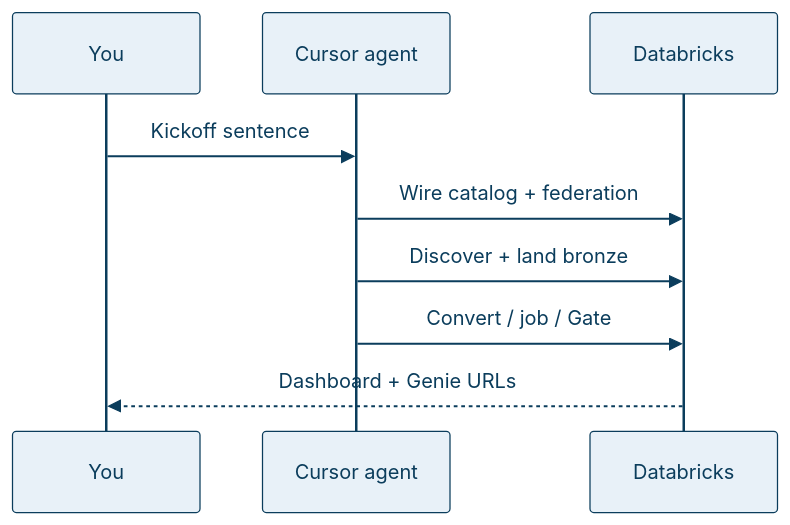
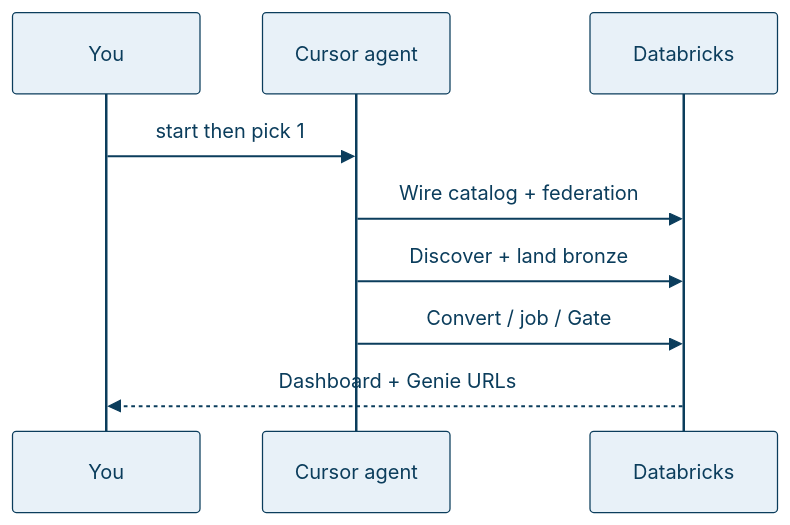
Before and after one commit to Jericho2010/edwmigration: the diagram in README.md, drawn with Mermaid. The commit also changed other lines of this file and 58 other files, not shown here.

````diff
--- a/README.md
+++ b/README.md
@@ -61,12 +50,12 @@
 ```mermaid
 %%{init: {"theme":"base","themeVariables":{"primaryColor":"#E8F1F8","primaryTextColor":"#0B3D5C","primaryBorderColor":"#0B3D5C","lineColor":"#5B7A8C","secondaryColor":"#E6F4F1","tertiaryColor":"#F7F3EA","background":"#FFFFFF","mainBkg":"#E8F1F8","clusterBkg":"#F7FAFC","clusterBorder":"#5B7A8C","titleColor":"#0B3D5C","edgeLabelBackground":"#FFFFFF"}}}%%
 sequenceDiagram
   participant You
   participant Agent as Cursor agent
   participant DBX as Databricks
-  You->>Agent: Kickoff sentence
+  You->>Agent: start then pick 1
   Agent->>DBX: Wire catalog + federation
   Agent->>DBX: Discover + land bronze
   Agent->>DBX: Convert / job / Gate
   DBX-->>You: Dashboard + Genie URLs
 ```
````
